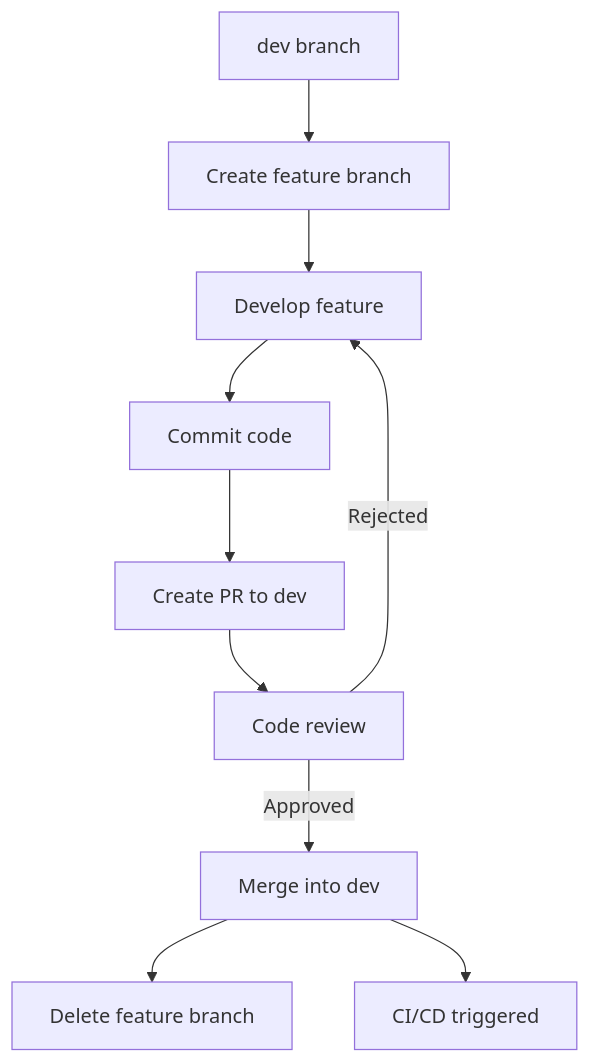
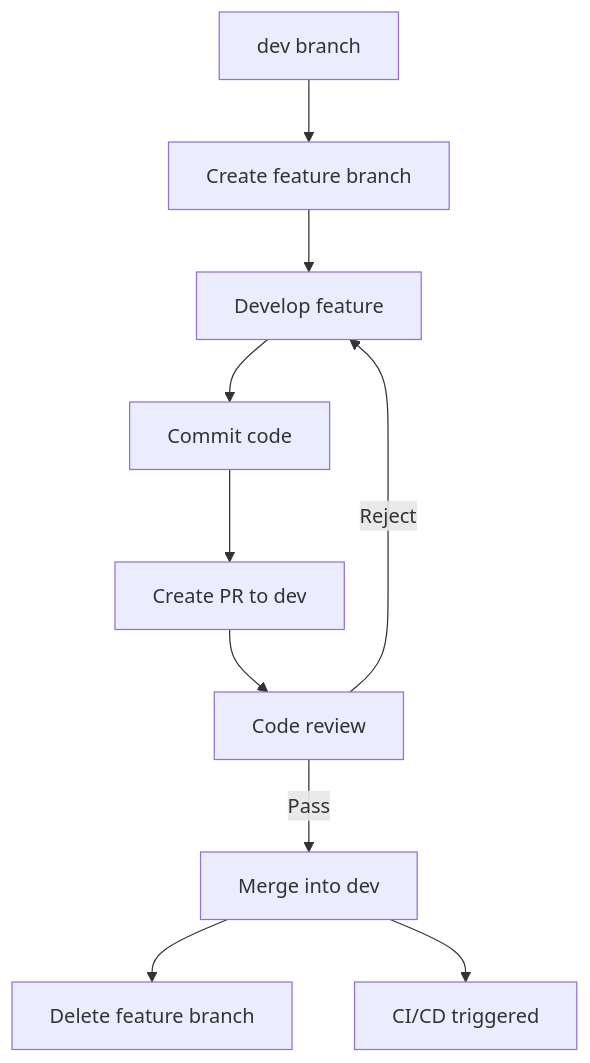
One commit to ChenXu233/YaoXiang changed the first of 3 diagrams in docs/src/en/dev/branch-maintenance-guide.md. Above: the diagram before and after it, drawn with Mermaid. The commit also changed other lines of this file and 103 other files, not shown here.

````diff
--- a/docs/src/en/dev/branch-maintenance-guide.md
+++ b/docs/src/en/dev/branch-maintenance-guide.md
@@ -153,12 +153,12 @@
 ```mermaid
 graph TD
     A[dev branch] --> B[Create feature branch]
     B --> C[Develop feature]
     C --> D[Commit code]
     D --> E[Create PR to dev]
     E --> F[Code review]
-    F -->|Approved| G[Merge into dev]
-    F -->|Rejected| C
+    F -->|Pass| G[Merge into dev]
+    F -->|Reject| C
     G --> H[Delete feature branch]
     G --> I[CI/CD triggered]
 ```
````
